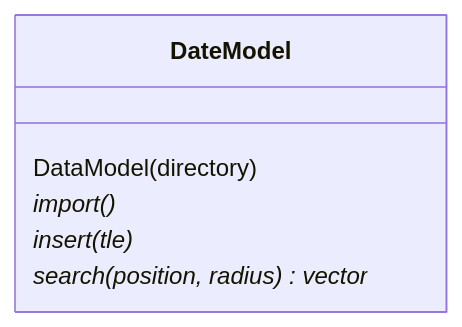
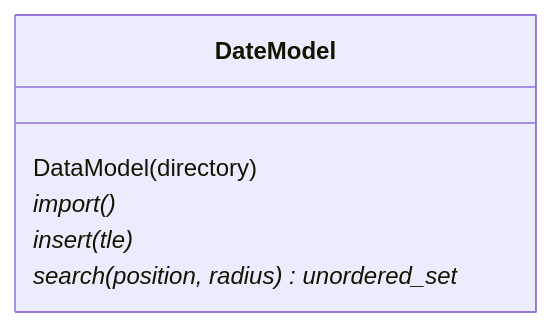
The fourth of 12 diagrams in README.md (brosenthal140/satellite-coverage-tracker), drawn with Mermaid before and after one commit. The commit also changed other lines of this file, not shown here.

Commit message:
docs: updates the documentation in the README.md for the GraphModel, DataModel, Utility

````diff
--- a/README.md
+++ b/README.md
@@ -106,9 +106,9 @@
 ```mermaid
 classDiagram
 class DateModel {
     DataModel(directory)
     import()*
     insert(tle)*
-    search(position, radius)* vector<int>
+    search(position, radius)* unordered_set<int>
 }
 ```
````
